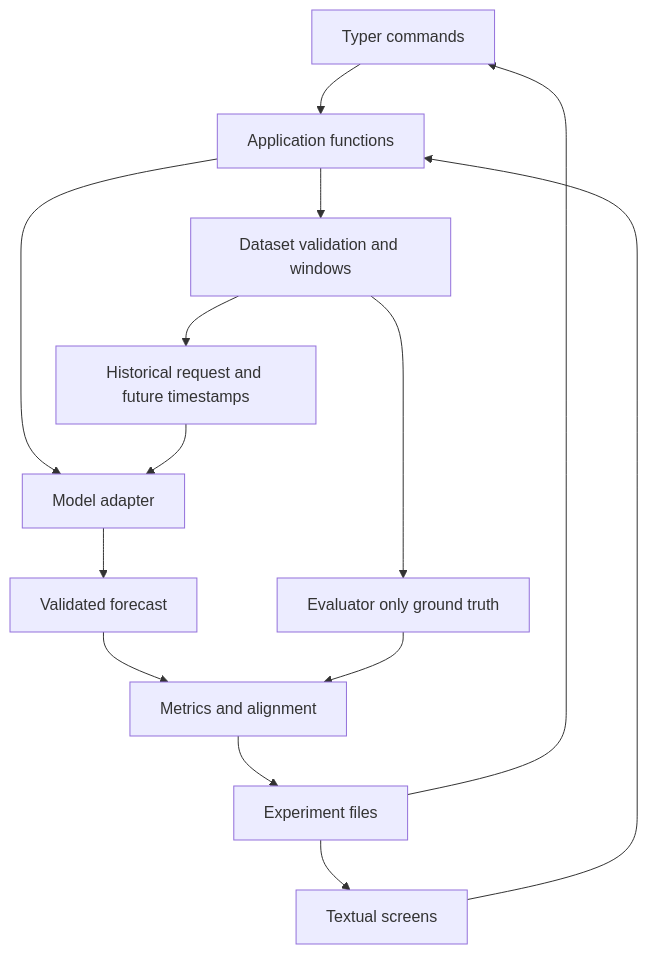
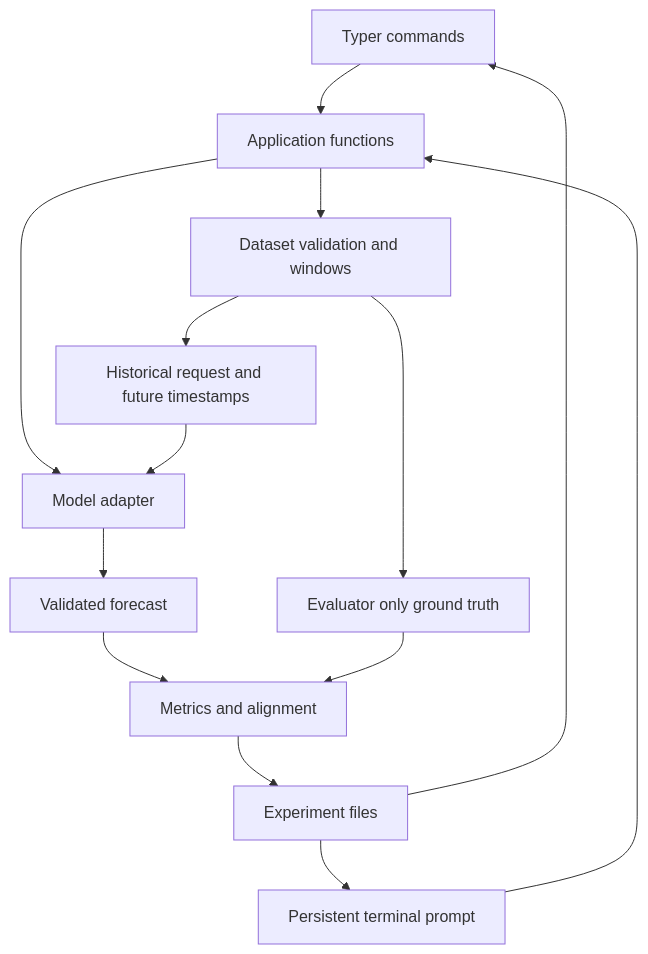
Before and after one commit to janwolyniak/TSFM-LAB: the diagram in docs/architecture.md, drawn with Mermaid. The commit also changed other lines of this file and 24 other files, not shown here.

Commit message:
feat(terminal): replace screen navigation with a persistent prompt

````diff
--- a/docs/architecture.md
+++ b/docs/architecture.md
@@ -82,16 +84,16 @@
 ```mermaid
 flowchart TD
     CLI[Typer commands] --> APP[Application functions]
-    TUI[Textual screens] --> APP
+    TUI[Persistent terminal prompt] --> APP
     APP --> DATA[Dataset validation and windows]
     APP --> MODEL[Model adapter]
     DATA --> REQUEST[Historical request and future timestamps]
     REQUEST --> MODEL
     MODEL --> FORECAST[Validated forecast]
     DATA --> TRUTH[Evaluator only ground truth]
     FORECAST --> SCORE[Metrics and alignment]
     TRUTH --> SCORE
     SCORE --> RECORD[Experiment files]
     RECORD --> CLI
     RECORD --> TUI
 ```
````
